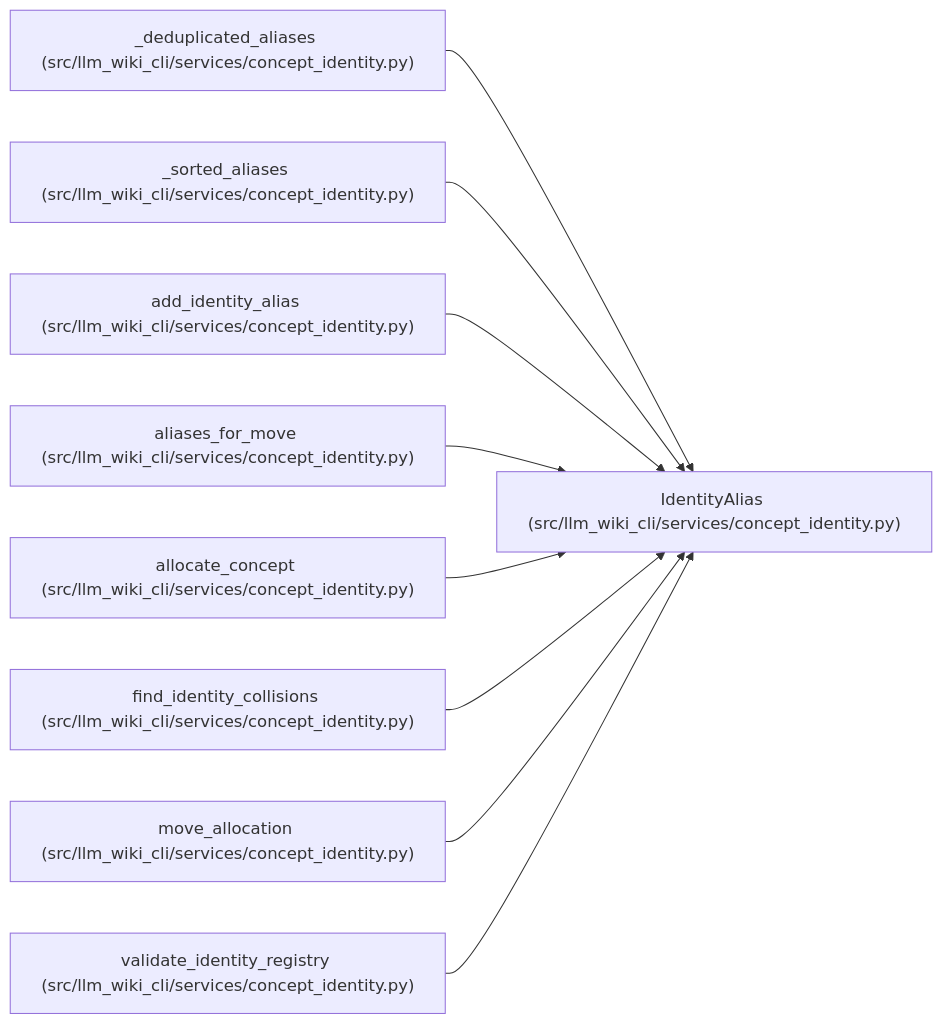
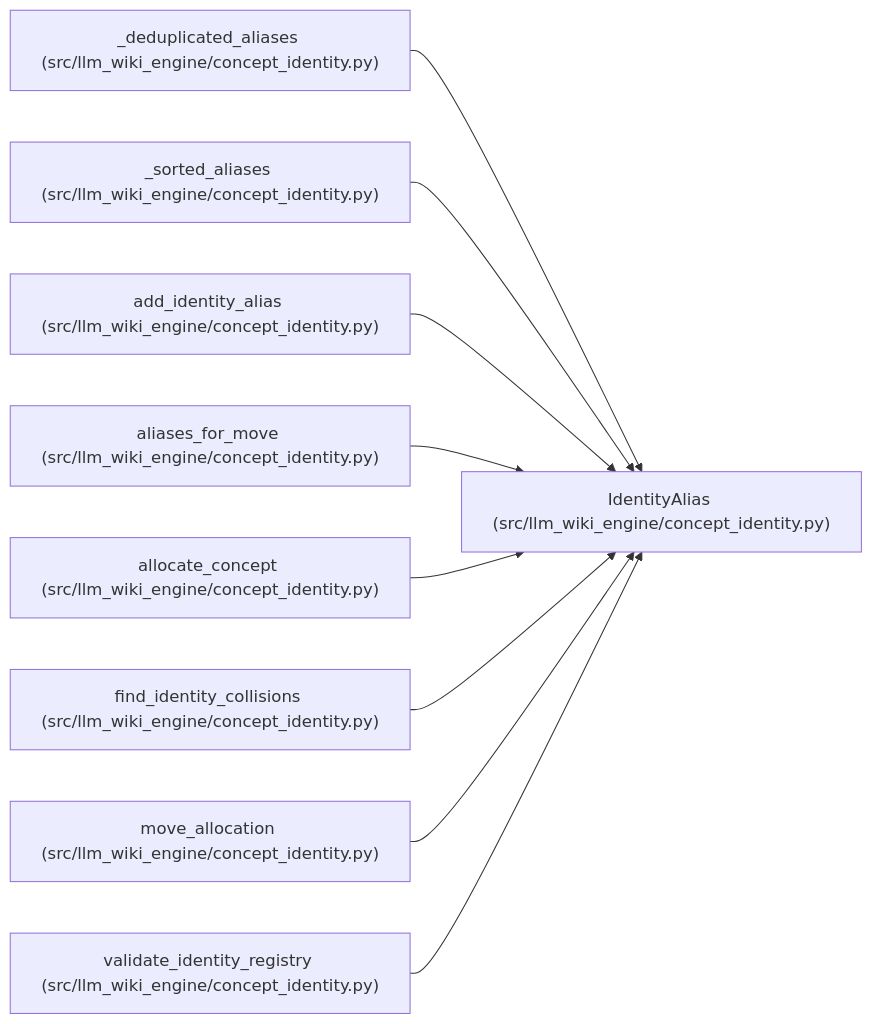
The diagram in docs/llm_wiki/entities/IdentityAlias.md (Denissvgn/python-wiki-llm), drawn with Mermaid before and after one commit. The commit also changed other lines of this file and 1103 other files, not shown here.

First line of the commit message:
docs: refresh the wiki for the llm-wiki-engine distribution

````diff
--- a/docs/llm_wiki/entities/IdentityAlias.md
+++ b/docs/llm_wiki/entities/IdentityAlias.md
@@ -31,29 +31,29 @@
 ```mermaid
 flowchart LR
-    n0["IdentityAlias (src/llm_wiki_cli/services/concept_identity.py)"]
-    n1["_deduplicated_aliases (src/llm_wiki_cli/services/concept_identity.py)"]
-    n2["_sorted_aliases (src/llm_wiki_cli/services/concept_identity.py)"]
-    n3["add_identity_alias (src/llm_wiki_cli/services/concept_identity.py)"]
-    n4["aliases_for_move (src/llm_wiki_cli/services/concept_identity.py)"]
-    n5["allocate_concept (src/llm_wiki_cli/services/concept_identity.py)"]
-    n6["find_identity_collisions (src/llm_wiki_cli/services/concept_identity.py)"]
-    n7["move_allocation (src/llm_wiki_cli/services/concept_identity.py)"]
-    n8["validate_identity_registry (src/llm_wiki_cli/services/concept_identity.py)"]
+    n0["IdentityAlias (src/llm_wiki_engine/concept_identity.py)"]
+    n1["_deduplicated_aliases (src/llm_wiki_engine/concept_identity.py)"]
+    n2["_sorted_aliases (src/llm_wiki_engine/concept_identity.py)"]
+    n3["add_identity_alias (src/llm_wiki_engine/concept_identity.py)"]
+    n4["aliases_for_move (src/llm_wiki_engine/concept_identity.py)"]
+    n5["allocate_concept (src/llm_wiki_engine/concept_identity.py)"]
+    n6["find_identity_collisions (src/llm_wiki_engine/concept_identity.py)"]
+    n7["move_allocation (src/llm_wiki_engine/concept_identity.py)"]
+    n8["validate_identity_registry (src/llm_wiki_engine/concept_identity.py)"]
     n1 --> n0
     n2 --> n0
     n3 --> n0
     n4 --> n0
     n5 --> n0
     n6 --> n0
     n7 --> n0
     n8 --> n0
     click n0 "../modules/concept_identity.md"
     click n1 "../modules/concept_identity.md"
     click n2 "../modules/concept_identity.md"
     click n3 "../modules/concept_identity.md"
     click n4 "../modules/concept_identity.md"
     click n5 "../modules/concept_identity.md"
     click n6 "../modules/concept_identity.md"
     click n7 "../modules/concept_identity.md"
     click n8 "../modules/concept_identity.md"
 ```
````
